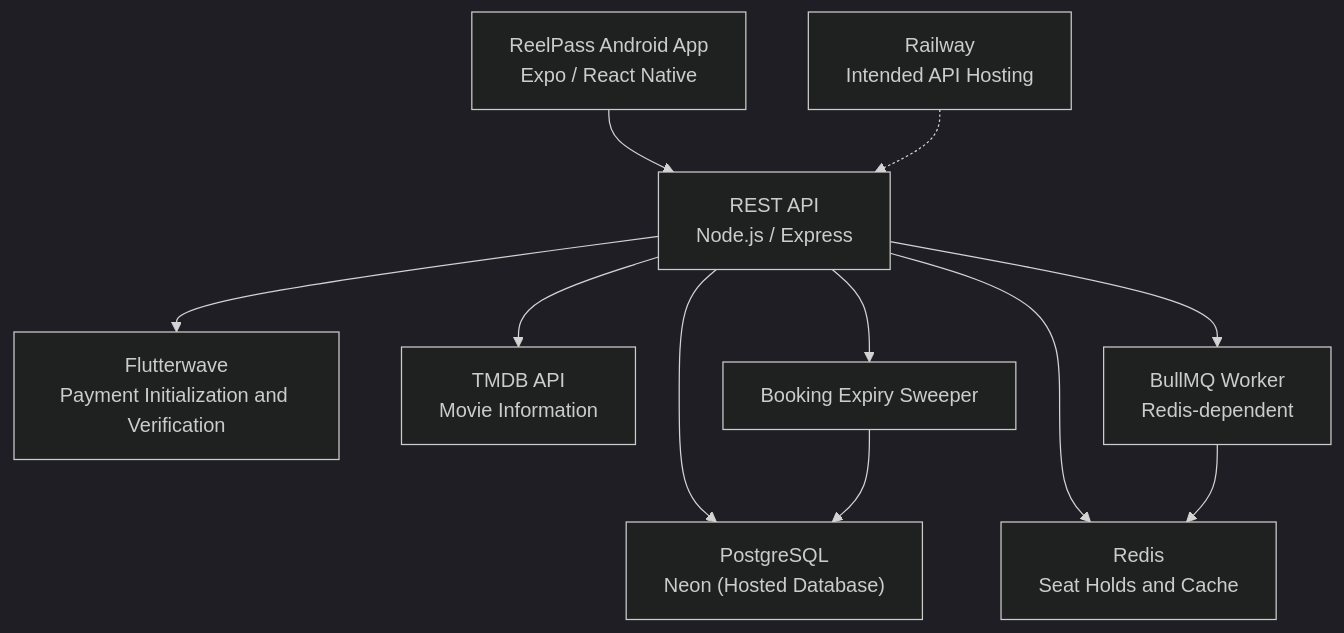
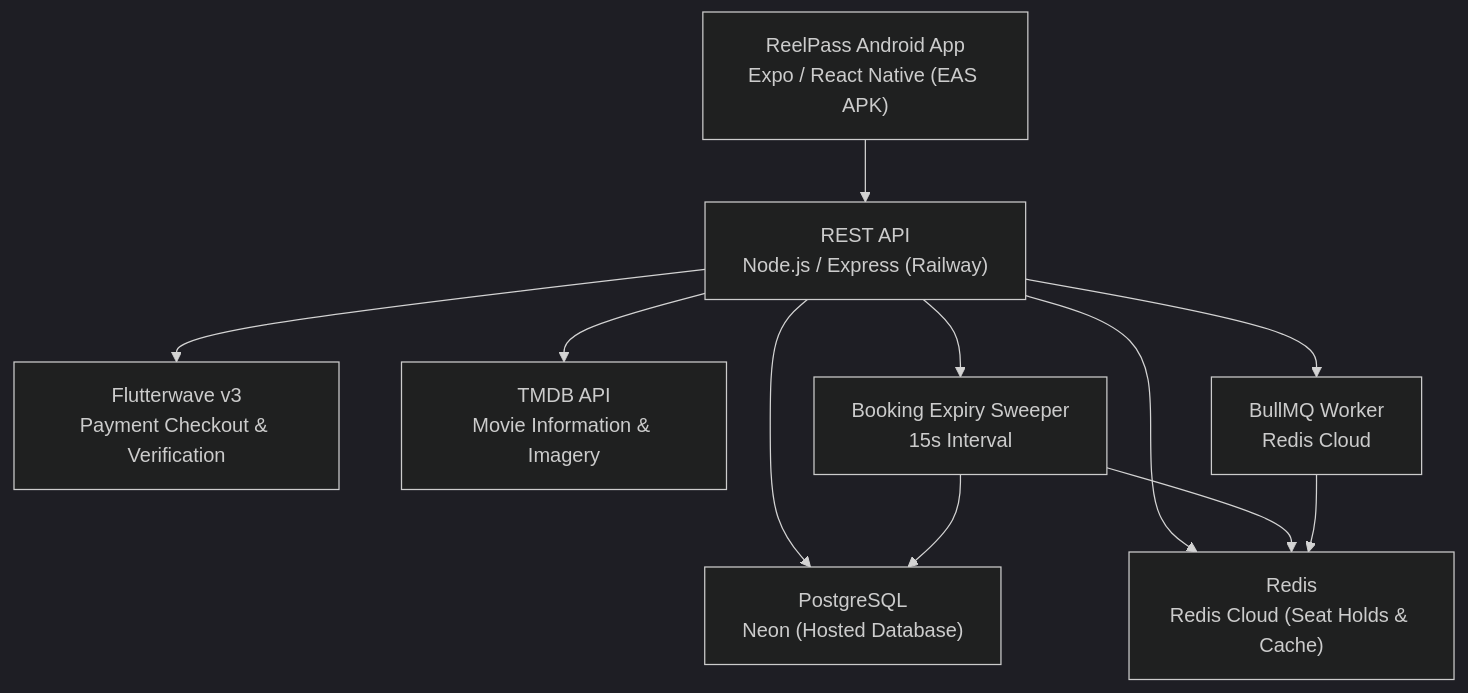
The first of 2 diagrams in docs/ARCHITECTURE.md (ScrappyAT/Reelpass), drawn with Mermaid (dark theme) before and after one commit. The commit also changed other lines of this file and 4 other files, not shown here.

Commit message:
docs: finalize ReelPass graduation project documentation

````diff
--- a/docs/ARCHITECTURE.md
+++ b/docs/ARCHITECTURE.md
@@ -30,17 +30,16 @@
 ```mermaid
 flowchart TD
-    A["ReelPass Android App<br/>Expo / React Native"] --> B["REST API<br/>Node.js / Express"]
+    A["ReelPass Android App<br/>Expo / React Native (EAS APK)"] --> B["REST API<br/>Node.js / Express (Railway)"]
 
     B --> C["PostgreSQL<br/>Neon (Hosted Database)"]
-    B --> D["Redis<br/>Seat Holds and Cache"]
-    B --> E["Flutterwave<br/>Payment Initialization and Verification"]
-    B --> F["TMDB API<br/>Movie Information"]
+    B --> D["Redis<br/>Redis Cloud (Seat Holds & Cache)"]
+    B --> E["Flutterwave v3<br/>Payment Checkout & Verification"]
+    B --> F["TMDB API<br/>Movie Information & Imagery"]
 
-    B --> G["Booking Expiry Sweeper"]
+    B --> G["Booking Expiry Sweeper<br/>15s Interval"]
     G --> C
+    G --> D
 
-    B --> H["BullMQ Worker<br/>Redis-dependent"]
+    B --> H["BullMQ Worker<br/>Redis Cloud"]
     H --> D
-
-    I["Railway<br/>Intended API Hosting"] -.-> B
 ```
````
